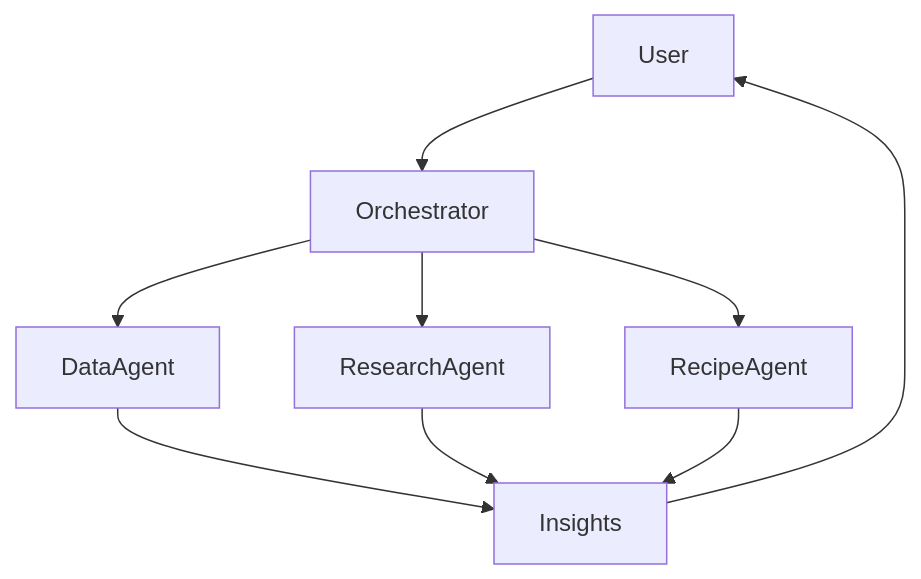
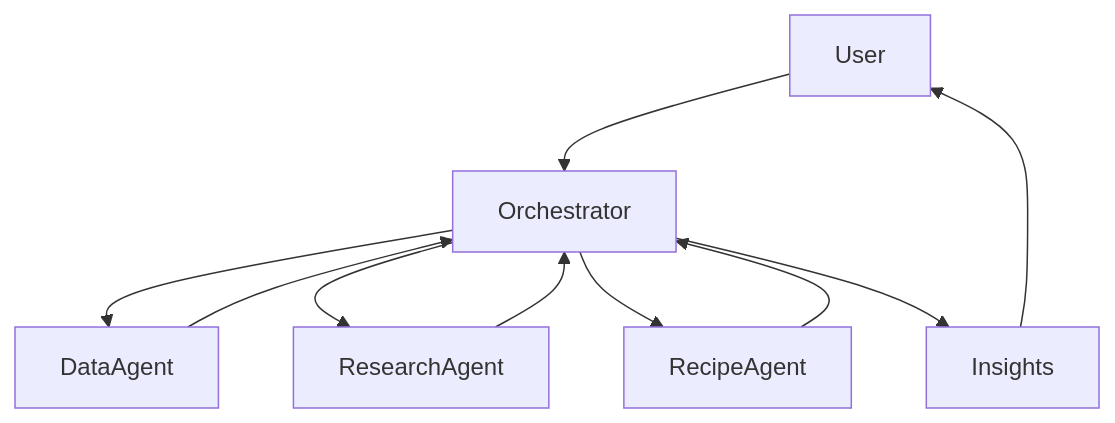
The diagram in docs/multi-agent-2.md (Patrick-Davis-MSFT/hack-baseline-setup), drawn with Mermaid before and after one commit. The commit also changed 11 other files, not shown here.

````diff
--- a/docs/multi-agent-2.md
+++ b/docs/multi-agent-2.md
@@ -58,13 +58,14 @@
  ```mermaid 
 flowchart TD
     User --> Orchestrator
     Orchestrator --> DataAgent
     Orchestrator --> ResearchAgent
     Orchestrator --> RecipeAgent
+    Orchestrator --> Insights
 
-    DataAgent --> Insights
-    ResearchAgent --> Insights
-    RecipeAgent --> Insights
+    DataAgent --> Orchestrator
+    ResearchAgent --> Orchestrator
+    RecipeAgent --> Orchestrator
 
     Insights --> User
 ```
````
